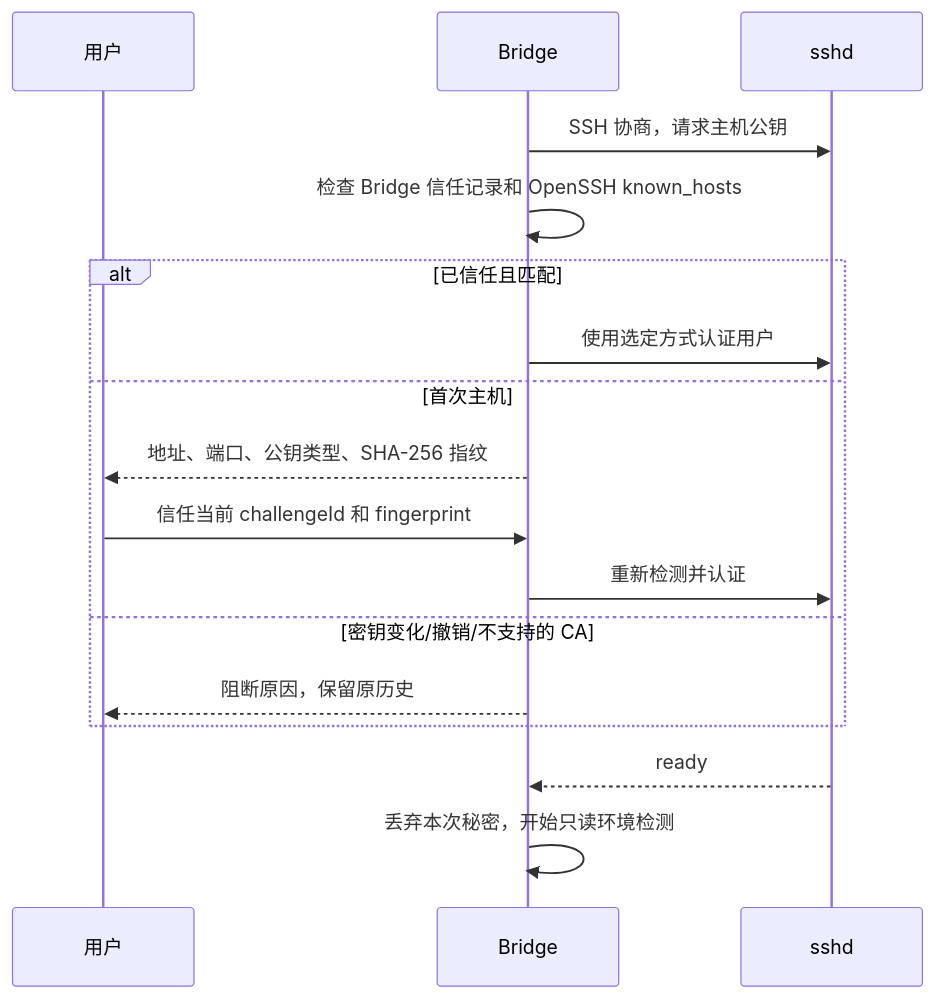
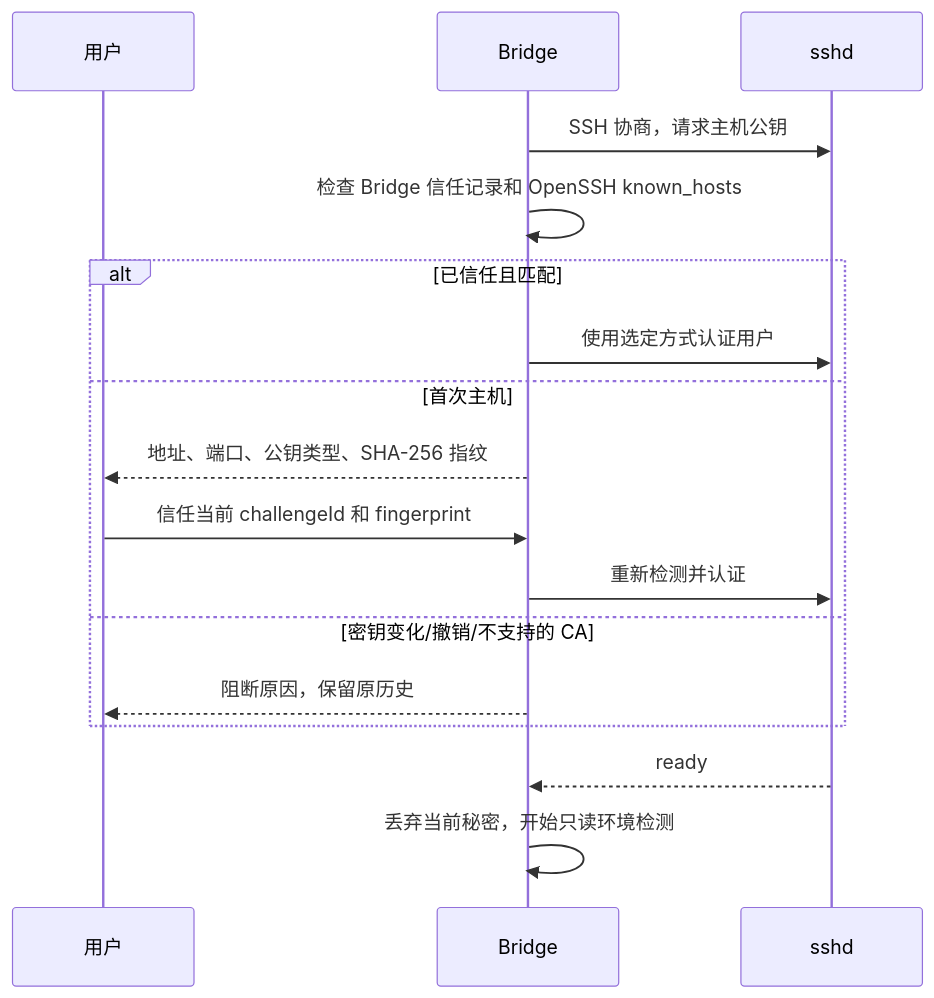
The second of 4 diagrams in doc/modules/04-ssh-access/design.md (wsjq5477/MA-Relay), drawn with Mermaid before and after one commit. The commit also changed other lines of this file and 168 other files, not shown here.

````diff
--- a/doc/modules/04-ssh-access/design.md
+++ b/doc/modules/04-ssh-access/design.md
@@ -99,19 +99,19 @@
 ```mermaid
 sequenceDiagram
   participant U as 用户
   participant B as Bridge
   participant S as sshd
   B->>S: SSH 协商，请求主机公钥
   B->>B: 检查 Bridge 信任记录和 OpenSSH known_hosts
   alt 已信任且匹配
     B->>S: 使用选定方式认证用户
   else 首次主机
     B-->>U: 地址、端口、公钥类型、SHA-256 指纹
     U->>B: 信任当前 challengeId 和 fingerprint
     B->>S: 重新检测并认证
   else 密钥变化/撤销/不支持的 CA
     B-->>U: 阻断原因，保留原历史
   end
   S-->>B: ready
-  B->>B: 丢弃本次秘密，开始只读环境检测
+  B->>B: 丢弃当前秘密，开始只读环境检测
 ```
````
